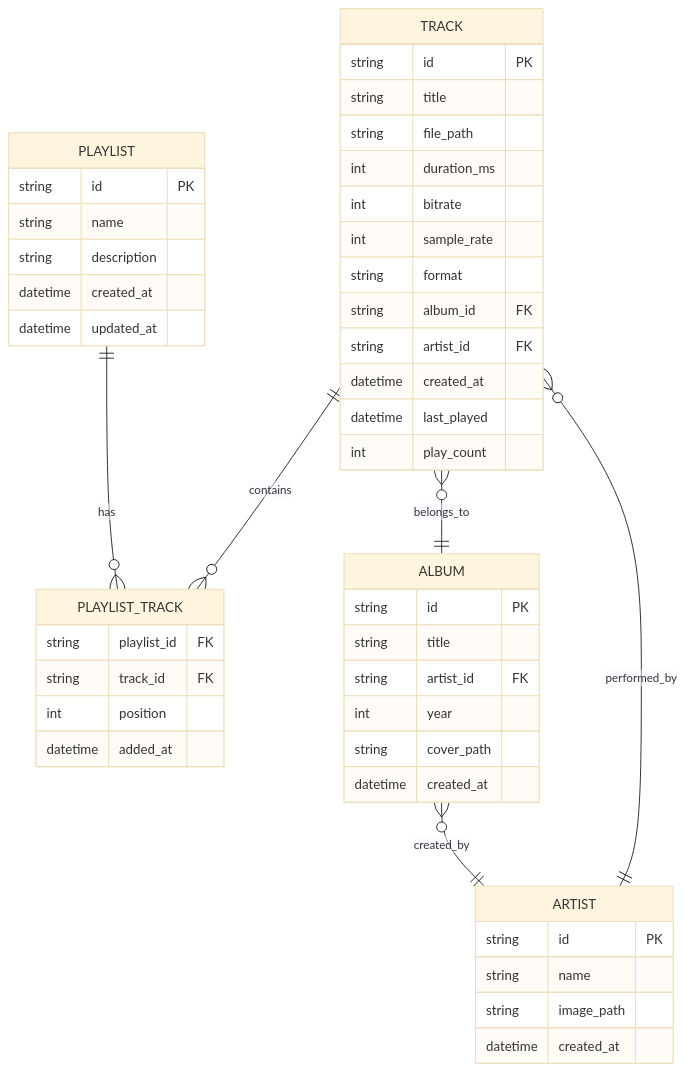
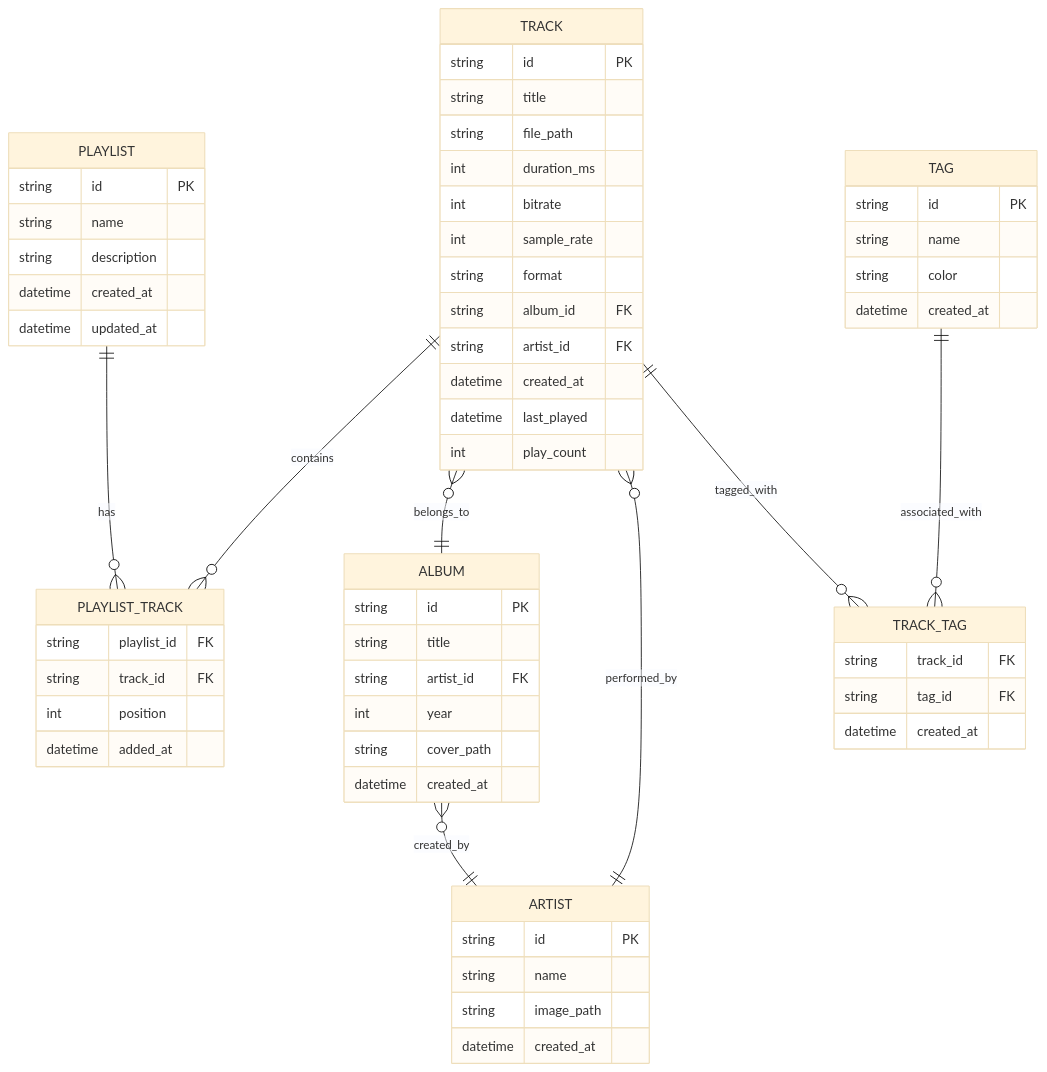
Before and after one commit to hangnum/music: the third of 5 diagrams in docs/architecture.md, drawn with Mermaid (base theme). The commit also changed other lines of this file and 5 other files, not shown here.

Commit message:
docs: Add initial project documentation for technical design, API, architecture, and code style, and update project overview to include LLM providers and new services.

````diff
--- a/docs/architecture.md
+++ b/docs/architecture.md
@@ -378,54 +386,69 @@
 ```mermaid
 erDiagram
     TRACK ||--o{ PLAYLIST_TRACK : contains
     PLAYLIST ||--o{ PLAYLIST_TRACK : has
     TRACK }o--|| ALBUM : belongs_to
     TRACK }o--|| ARTIST : performed_by
     ALBUM }o--|| ARTIST : created_by
+    TRACK ||--o{ TRACK_TAG : tagged_with
+    TAG ||--o{ TRACK_TAG : associated_with
     
     TRACK {
         string id PK
         string title
         string file_path
         int duration_ms
         int bitrate
         int sample_rate
         string format
         string album_id FK
         string artist_id FK
         datetime created_at
         datetime last_played
         int play_count
+    }
+
+    TAG {
+        string id PK
+        string name
+        string color
+        datetime created_at
+    }
+
+    TRACK_TAG {
+        string track_id FK
+        string tag_id FK
+        datetime created_at
     }
     
     ALBUM {
         string id PK
         string title
         string artist_id FK
         int year
         string cover_path
         datetime created_at
     }
     
     ARTIST {
         string id PK
         string name
         string image_path
         datetime created_at
     }
     
     PLAYLIST {
         string id PK
         string name
         string description
         datetime created_at
         datetime updated_at
     }
     
     PLAYLIST_TRACK {
         string playlist_id FK
         string track_id FK
         int position
         datetime added_at
     }
 ```
````
